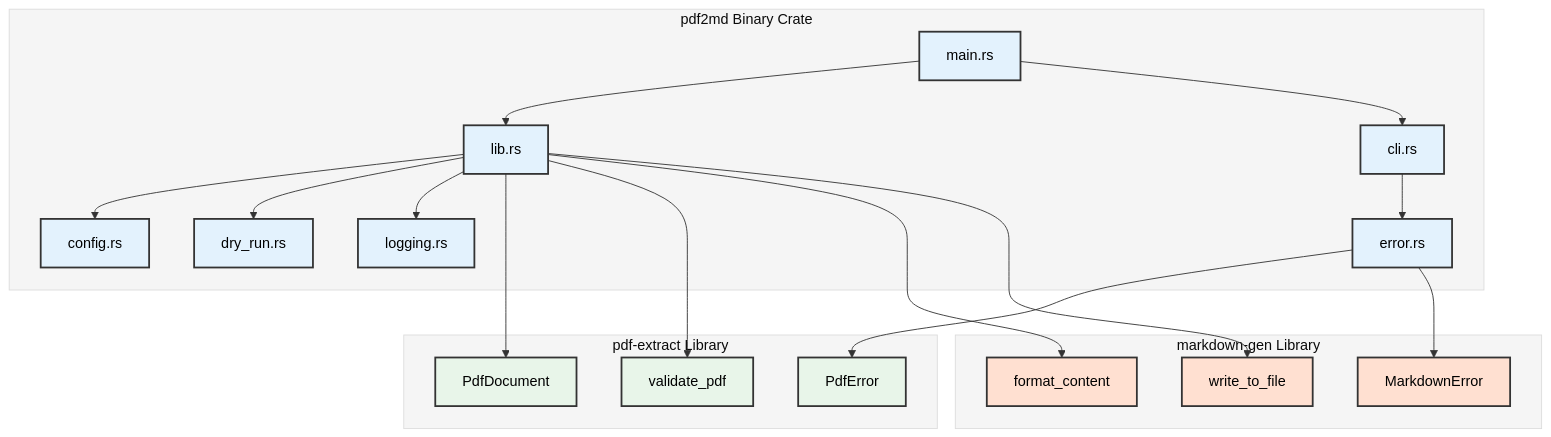
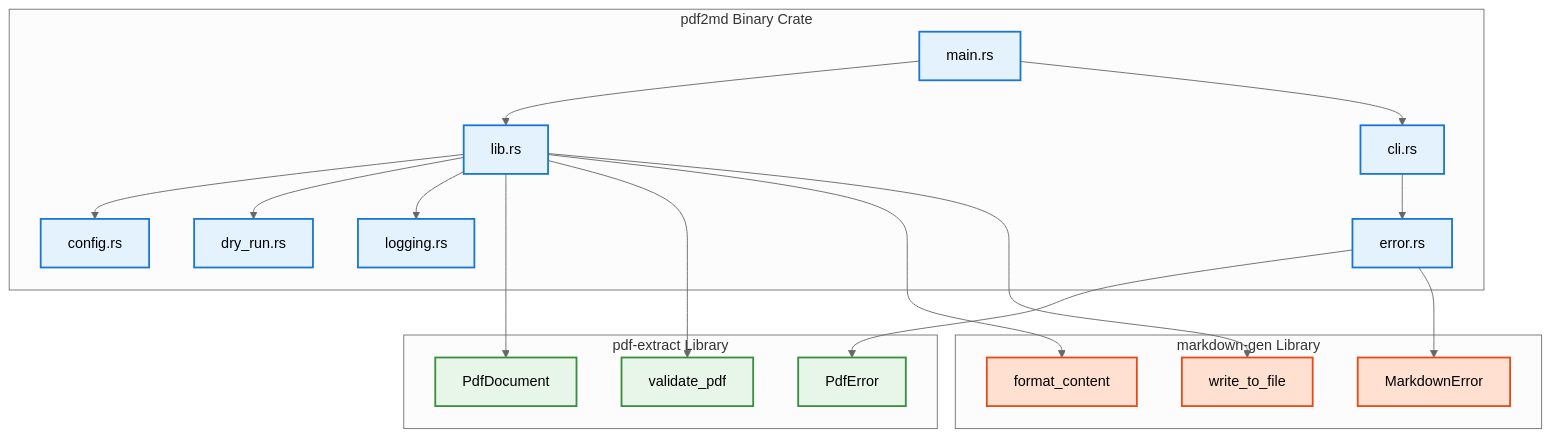
Before and after one commit to softwarewrighter/pdf2md: the diagram in wiki/Architecture-Overview.md, drawn with Mermaid. The commit also changed 7 other files, not shown here.

First line of the commit message:
fix: update mermaid diagrams for GitHub dark mode compatibility

````diff
--- a/wiki/Architecture-Overview.md
+++ b/wiki/Architecture-Overview.md
@@ -155,52 +155,52 @@
 ```mermaid
-%%{init: {'theme':'base', 'themeVariables': {'primaryColor':'#f5f5f5','primaryTextColor':'#000','primaryBorderColor':'#333','lineColor':'#333','secondaryColor':'#f5f5f5','tertiaryColor':'#f5f5f5'}}}%%
+%%{init: {'theme':'neutral'}}%%
 graph TB
     subgraph "pdf2md Binary Crate"
         A[main.rs]
         B[lib.rs]
         C[cli.rs]
         D[config.rs]
         E[error.rs]
         F[dry_run.rs]
         G[logging.rs]
     end
 
     subgraph "pdf-extract Library"
         H[PdfDocument]
         I[validate_pdf]
         J[PdfError]
     end
 
     subgraph "markdown-gen Library"
         K[format_content]
         L[write_to_file]
         M[MarkdownError]
     end
 
     A --> B
     A --> C
     B --> D
     B --> F
     B --> G
     B --> H
     B --> I
     B --> K
     B --> L
     C --> E
     E --> J
     E --> M
 
-    style A fill:#e3f2fd,stroke:#333,stroke-width:2px,color:#000
-    style B fill:#e3f2fd,stroke:#333,stroke-width:2px,color:#000
-    style C fill:#e3f2fd,stroke:#333,stroke-width:2px,color:#000
-    style D fill:#e3f2fd,stroke:#333,stroke-width:2px,color:#000
-    style E fill:#e3f2fd,stroke:#333,stroke-width:2px,color:#000
-    style F fill:#e3f2fd,stroke:#333,stroke-width:2px,color:#000
-    style G fill:#e3f2fd,stroke:#333,stroke-width:2px,color:#000
-    style H fill:#e8f5e9,stroke:#333,stroke-width:2px,color:#000
-    style I fill:#e8f5e9,stroke:#333,stroke-width:2px,color:#000
-    style J fill:#e8f5e9,stroke:#333,stroke-width:2px,color:#000
-    style K fill:#ffe0d1,stroke:#333,stroke-width:2px,color:#000
-    style L fill:#ffe0d1,stroke:#333,stroke-width:2px,color:#000
-    style M fill:#ffe0d1,stroke:#333,stroke-width:2px,color:#000
+    style A fill:#e3f2fd,stroke:#1976d2,stroke-width:2px
+    style B fill:#e3f2fd,stroke:#1976d2,stroke-width:2px
+    style C fill:#e3f2fd,stroke:#1976d2,stroke-width:2px
+    style D fill:#e3f2fd,stroke:#1976d2,stroke-width:2px
+    style E fill:#e3f2fd,stroke:#1976d2,stroke-width:2px
+    style F fill:#e3f2fd,stroke:#1976d2,stroke-width:2px
+    style G fill:#e3f2fd,stroke:#1976d2,stroke-width:2px
+    style H fill:#e8f5e9,stroke:#388e3c,stroke-width:2px
+    style I fill:#e8f5e9,stroke:#388e3c,stroke-width:2px
+    style J fill:#e8f5e9,stroke:#388e3c,stroke-width:2px
+    style K fill:#ffe0d1,stroke:#e64a19,stroke-width:2px
+    style L fill:#ffe0d1,stroke:#e64a19,stroke-width:2px
+    style M fill:#ffe0d1,stroke:#e64a19,stroke-width:2px
 ```
````
